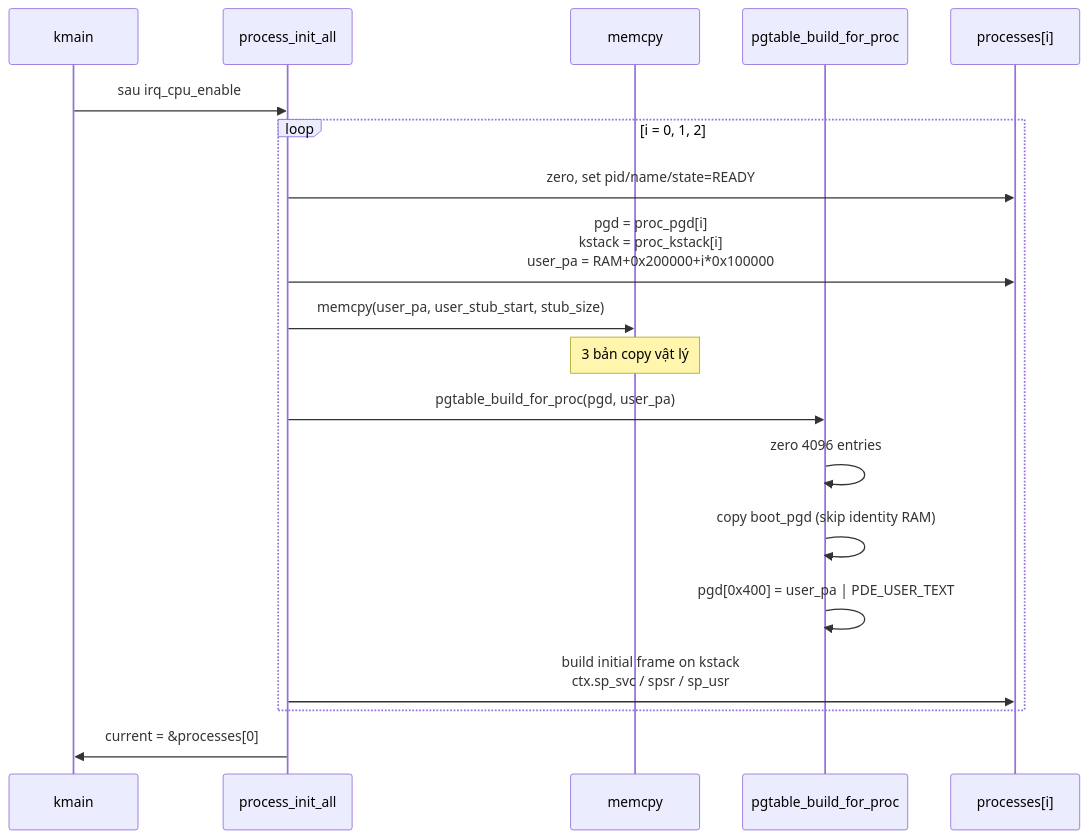
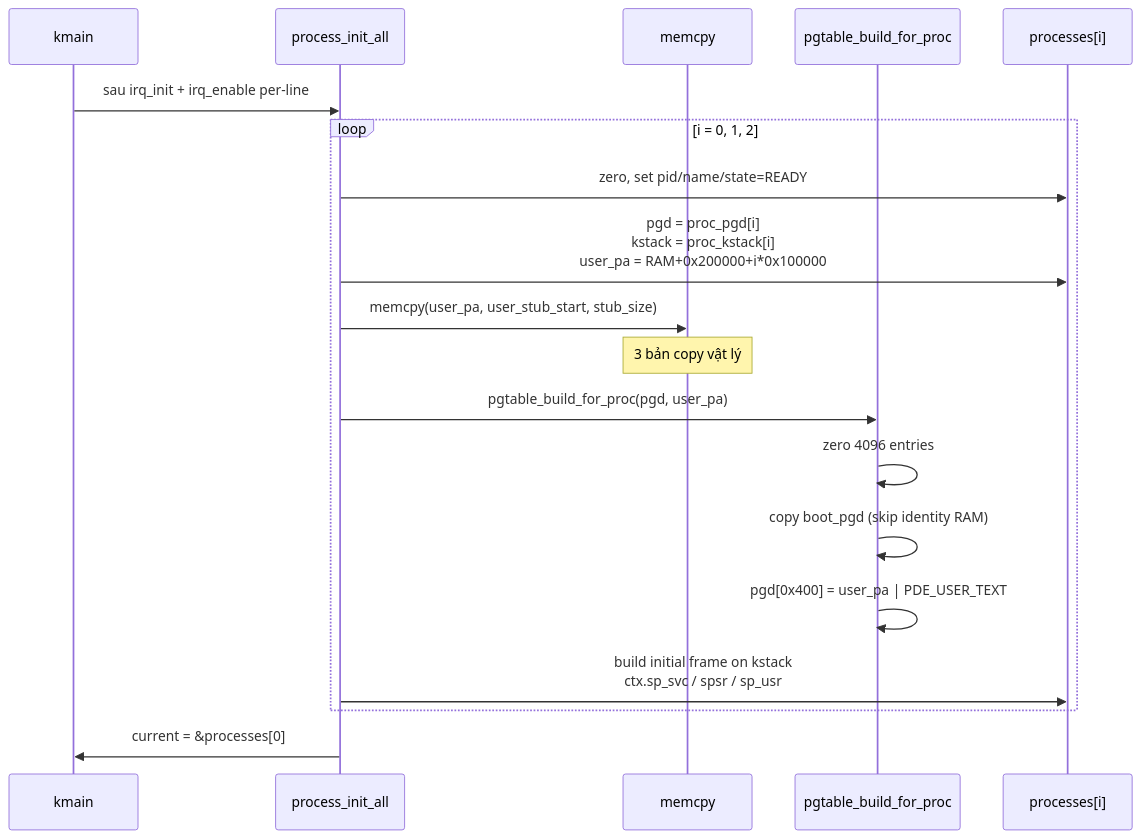
One commit to haidoan2098/RefixOS changed the second of 2 diagrams in docs/tech_docs/05_process.md. Above: the diagram before and after it, drawn with Mermaid. The commit also changed other lines of this file and 7 other files, not shown here.

````diff
--- a/docs/tech_docs/05_process.md
+++ b/docs/tech_docs/05_process.md
@@ -350,22 +351,22 @@
 ```mermaid
 sequenceDiagram
     participant KM as kmain
     participant PI as process_init_all
     participant MC as memcpy
     participant PG as pgtable_build_for_proc
     participant PCB as processes[i]
 
-    KM->>PI: sau irq_cpu_enable
+    KM->>PI: sau irq_init + irq_enable per-line
     loop i = 0, 1, 2
         PI->>PCB: zero, set pid/name/state=READY
         PI->>PCB: pgd = proc_pgd[i]<br/>kstack = proc_kstack[i]<br/>user_pa = RAM+0x200000+i*0x100000
         PI->>MC: memcpy(user_pa, user_stub_start, stub_size)
         Note over MC: 3 bản copy vật lý
         PI->>PG: pgtable_build_for_proc(pgd, user_pa)
         PG->>PG: zero 4096 entries
         PG->>PG: copy boot_pgd (skip identity RAM)
         PG->>PG: pgd[0x400] = user_pa | PDE_USER_TEXT
         PI->>PCB: build initial frame on kstack<br/>ctx.sp_svc / spsr / sp_usr
     end
     PI->>KM: current = &processes[0]
 ```
````
